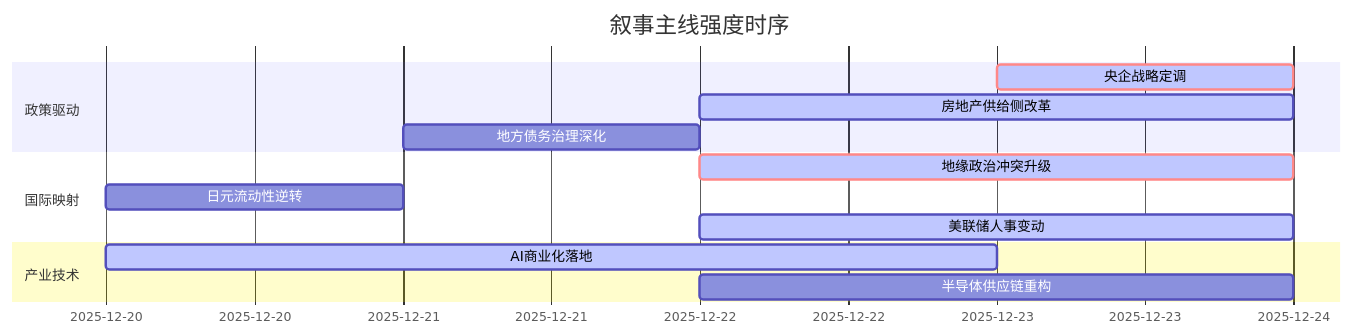
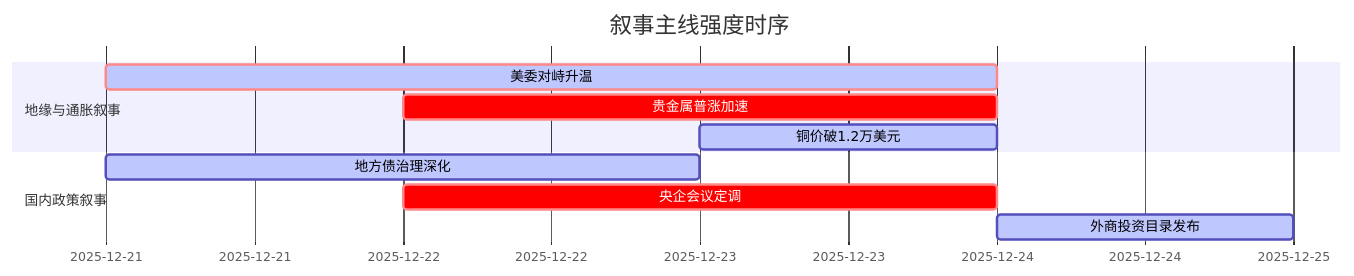
The diagram in README.md (uu5zn/uu5zn.github.io), drawn with Mermaid before and after one commit. The commit also changed other lines of this file and 16 other files, not shown here.

````diff
--- a/README.md
+++ b/README.md
@@ -65,18 +43,14 @@
 ```mermaid
 gantt
     title 叙事主线强度时序
     dateFormat  YYYY-MM-DD
-    section 政策驱动
-    央企战略定调   :crit, active, 2025-12-23, 1d
-    房地产供给侧改革 :active, 2025-12-22, 2d
-    地方债务治理深化 :2025-12-21, 1d
+    section 地缘与通胀叙事
+    美委对峙升温   :crit, active, 2025-12-21, 3d
+    贵金属普涨加速  :crit, 2025-12-22, 2d
+    铜价破1.2万美元 :active, 2025-12-23, 1d
     
-    section 国际映射
-    地缘政治冲突升级 :crit, active, 2025-12-22, 2d
-    日元流动性逆转 :2025-12-20, 1d
-    美联储人事变动 :active, 2025-12-22, 2d
-    
-    section 产业技术
-    AI商业化落地 :active, 2025-12-20, 3d
-    半导体供应链重构 :2025-12-22, 2d
+    section 国内政策叙事
+    地方债治理深化  :active, 2025-12-21, 2d
+    央企会议定调   :crit, 2025-12-22, 2d
+    外商投资目录发布 :active, 2025-12-24, 1d
 ```
````
